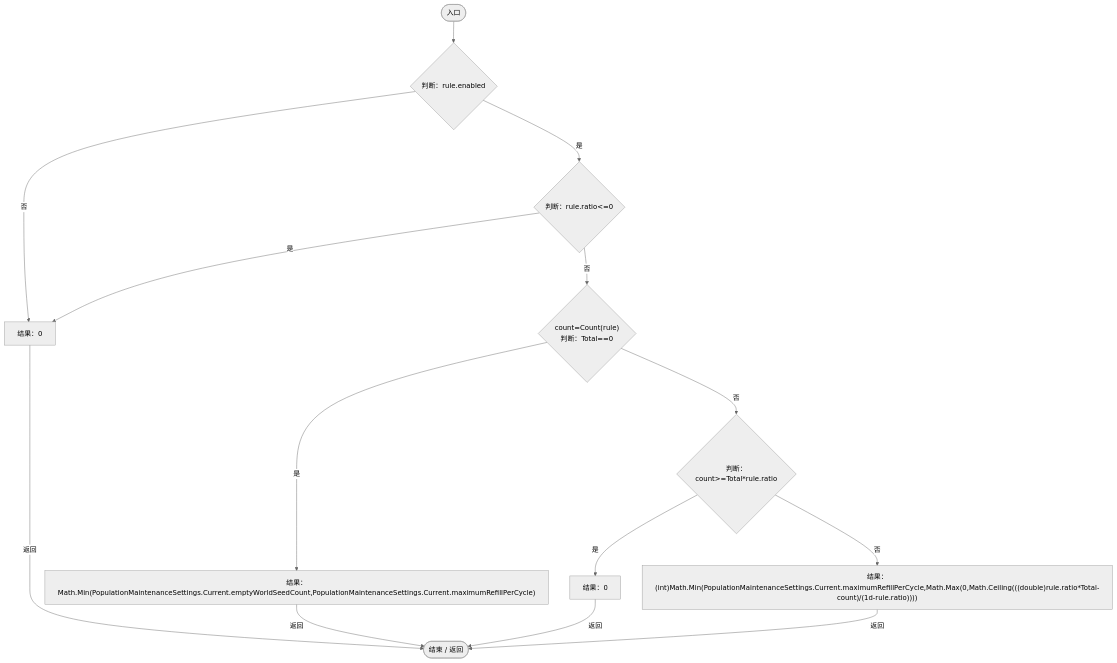
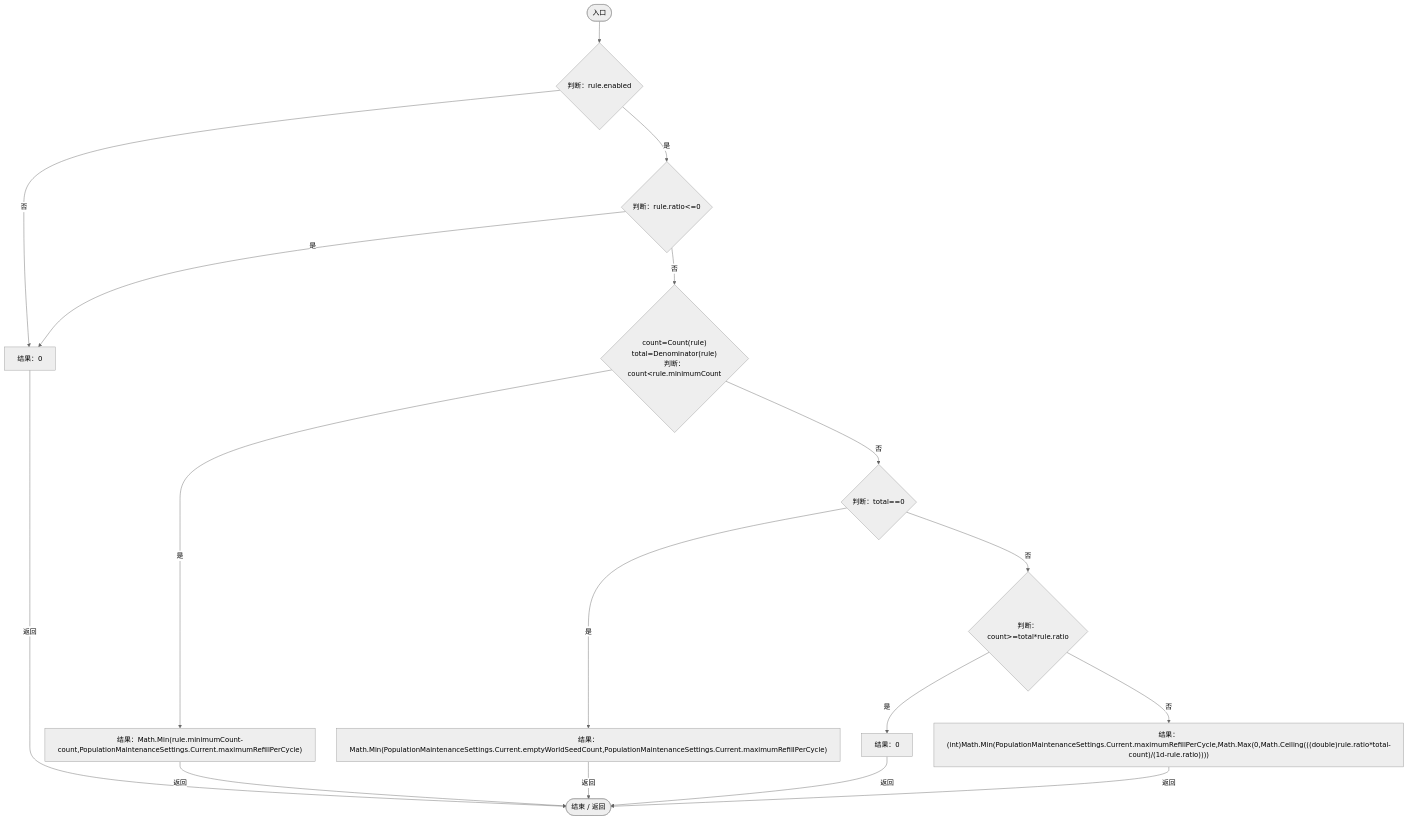
Before and after one commit to xhs6666/Darwin_paradise: diagram 20 of 36 in Docs/运行流程图/脚本/923ccc4e86c4786c.md, drawn with Mermaid (neutral theme). The commit also changed other lines of this file and 101 other files, not shown here.

````diff
--- a/Docs/运行流程图/脚本/923ccc4e86c4786c.md
+++ b/Docs/运行流程图/脚本/923ccc4e86c4786c.md
@@ -809,27 +869,32 @@
 ```mermaid
 flowchart TD
   b0(["入口"])
   b1{"判断：rule.enabled"}
   b2{"判断：rule.ratio&lt;=0"}
   b3["结果：0"]
-  b4{"count=Count(rule)<br/>判断：Total==0"}
-  b5["结果：Math.Min(PopulationMaintenanceSettings.Current.emptyWorldSeedCount,PopulationMaintenanceSettings.Current.maximumRefillPerCycle)"]
-  b6{"判断：count&gt;=Total*rule.ratio"}
-  b7["结果：0"]
-  b8["结果：(int)Math.Min(PopulationMaintenanceSettings.Current.maximumRefillPerCycle,Math.Max(0,Math.Ceiling(((double)rule.ratio*Total-count)/(1d-rule.ratio))))"]
-  b9(["结束 / 返回"])
+  b4{"count=Count(rule)<br/>total=Denominator(rule)<br/>判断：count&lt;rule.minimumCount"}
+  b5["结果：Math.Min(rule.minimumCount-count,PopulationMaintenanceSettings.Current.maximumRefillPerCycle)"]
+  b6{"判断：total==0"}
+  b7["结果：Math.Min(PopulationMaintenanceSettings.Current.emptyWorldSeedCount,PopulationMaintenanceSettings.Current.maximumRefillPerCycle)"]
+  b8{"判断：count&gt;=total*rule.ratio"}
+  b9["结果：0"]
+  b10["结果：(int)Math.Min(PopulationMaintenanceSettings.Current.maximumRefillPerCycle,Math.Max(0,Math.Ceiling(((double)rule.ratio*total-count)/(1d-rule.ratio))))"]
+  b11(["结束 / 返回"])
   b0 --> b1
   b1 -->|"是"| b2
   b1 -->|"否"| b3
   b2 -->|"是"| b3
   b2 -->|"否"| b4
-  b3 -->|"返回"| b9
+  b3 -->|"返回"| b11
   b4 -->|"是"| b5
   b4 -->|"否"| b6
-  b5 -->|"返回"| b9
+  b5 -->|"返回"| b11
   b6 -->|"是"| b7
   b6 -->|"否"| b8
-  b7 -->|"返回"| b9
-  b8 -->|"返回"| b9
+  b7 -->|"返回"| b11
+  b8 -->|"是"| b9
+  b8 -->|"否"| b10
+  b9 -->|"返回"| b11
+  b10 -->|"返回"| b11
 
 ```
````
